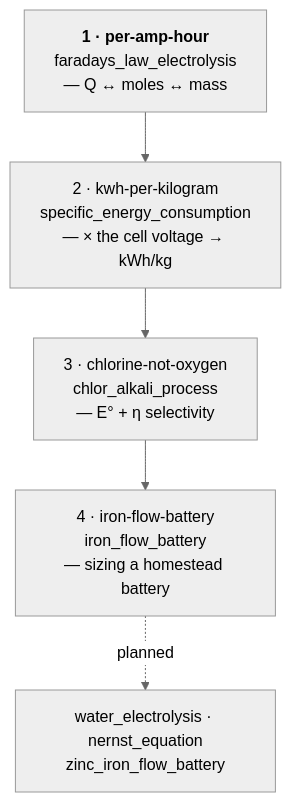
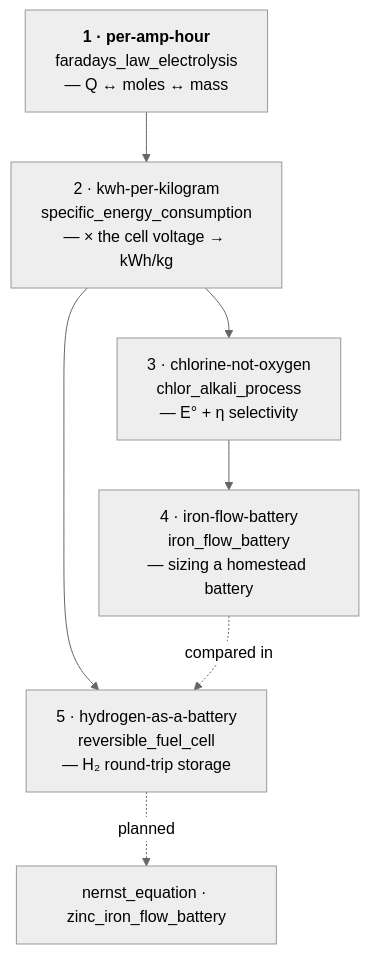
Before and after one commit to sj4nes/clanker-tools: the diagram in skills/chemistry-electrochemistry/tutorial/README.md, drawn with Mermaid (neutral theme). The commit also changed other lines of this file and 2 other files, not shown here.

````diff
--- a/skills/chemistry-electrochemistry/tutorial/README.md
+++ b/skills/chemistry-electrochemistry/tutorial/README.md
@@ -16,9 +16,12 @@
 ```mermaid
 flowchart TD
     T1["<b>1 · per-amp-hour</b><br/>faradays_law_electrolysis<br/>— Q ↔ moles ↔ mass"]
     T2["2 · kwh-per-kilogram<br/>specific_energy_consumption<br/>— × the cell voltage → kWh/kg"]
     T3["3 · chlorine-not-oxygen<br/>chlor_alkali_process<br/>— E° + η selectivity"]
     T4["4 · iron-flow-battery<br/>iron_flow_battery<br/>— sizing a homestead battery"]
+    T5["5 · hydrogen-as-a-battery<br/>reversible_fuel_cell<br/>— H₂ round-trip storage"]
     T1 --> T2 --> T3 --> T4
-    T4 -.planned.-> T5["water_electrolysis · nernst_equation<br/>zinc_iron_flow_battery"]
+    T2 --> T5
+    T4 -.compared in.-> T5
+    T5 -.planned.-> T6["nernst_equation · zinc_iron_flow_battery"]
 ```
````
